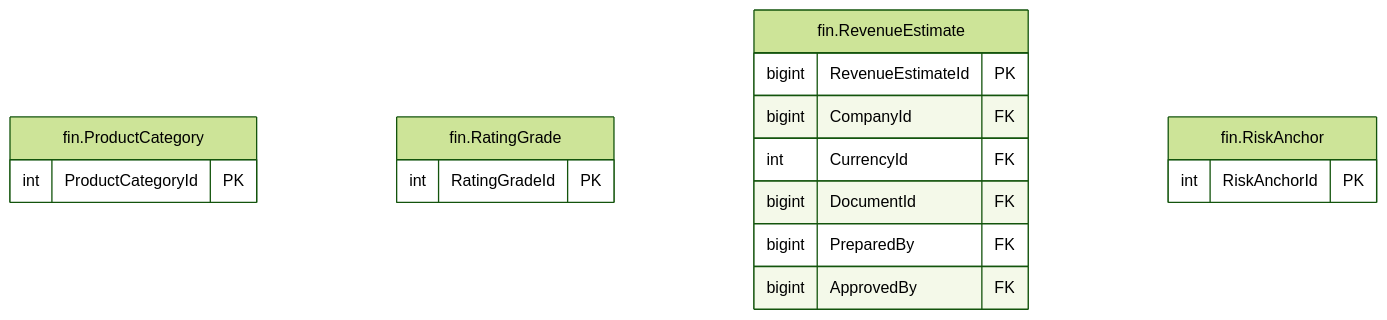
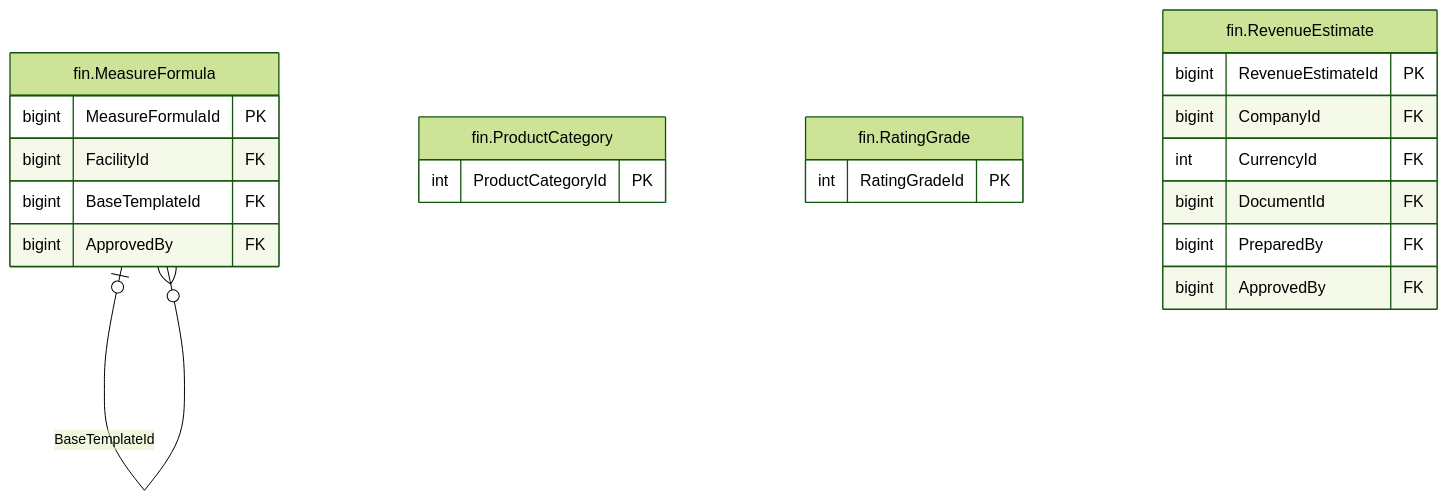
One commit to thawrasy/smartlines changed the diagram in treasury-platform/docs/diagrams/erd/m5_financials_9.mmd. Above: the diagram before and after it, drawn with Mermaid (forest theme). The commit also changed 194 other files, not shown here.

```diff
--- a/treasury-platform/docs/diagrams/erd/m5_financials_9.mmd
+++ b/treasury-platform/docs/diagrams/erd/m5_financials_9.mmd
@@ -1,19 +1,23 @@
 %% م5 · البيانات المالية والأرصدة (9/13) — Financial statements & balances
 erDiagram
+  fin_MeasureFormula["fin.MeasureFormula"] {
+    bigint MeasureFormulaId PK
+    bigint FacilityId FK
+    bigint BaseTemplateId FK
+    bigint ApprovedBy FK
+  }
   fin_ProductCategory["fin.ProductCategory"] {
     int ProductCategoryId PK
   }
   fin_RatingGrade["fin.RatingGrade"] {
     int RatingGradeId PK
   }
   fin_RevenueEstimate["fin.RevenueEstimate"] {
     bigint RevenueEstimateId PK
     bigint CompanyId FK
     int CurrencyId FK
     bigint DocumentId FK
     bigint PreparedBy FK
     bigint ApprovedBy FK
   }
-  fin_RiskAnchor["fin.RiskAnchor"] {
-    int RiskAnchorId PK
-  }
+  fin_MeasureFormula |o--o{ fin_MeasureFormula : "BaseTemplateId"
```
